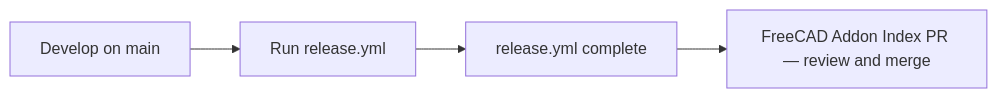
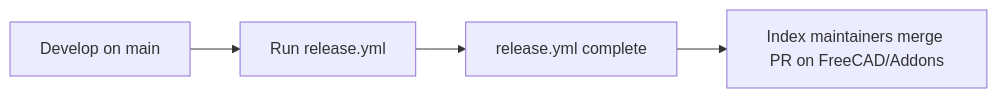
One commit to CREATeNG/freecad-mcp-bridge changed the second of 2 diagrams in MAINTAINING.md. Above: the diagram before and after it, drawn with Mermaid. The commit also changed other lines of this file and 1 other file, not shown here.

First line of the commit message:
Clarify only Index maintainers merge upstream PRs

````diff
--- a/MAINTAINING.md
+++ b/MAINTAINING.md
@@ -90,6 +90,6 @@
 ```mermaid
 flowchart LR
   dev[Develop on main] --> dispatch[Run release.yml]
   dispatch --> shipped[release.yml complete]
-  shipped --> index[FreeCAD Addon Index PR — review and merge]
+  shipped --> index[Index maintainers merge PR on FreeCAD/Addons]
 ```
````
